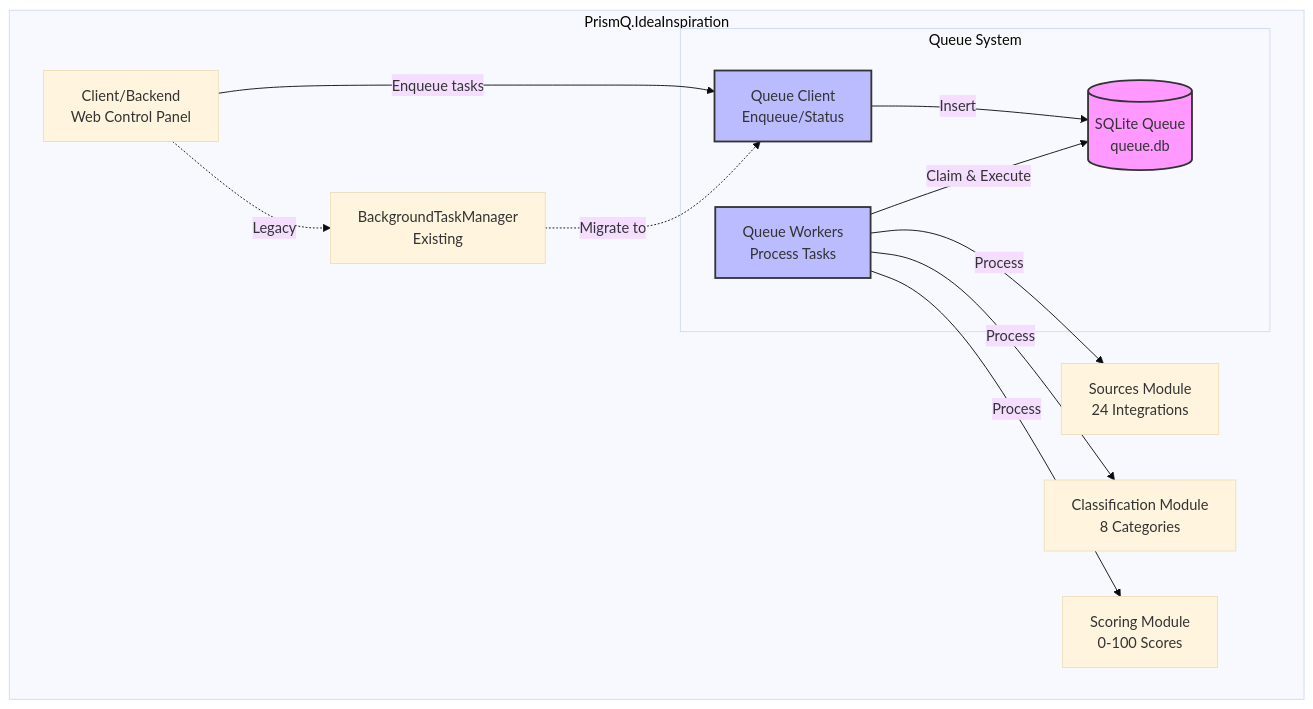
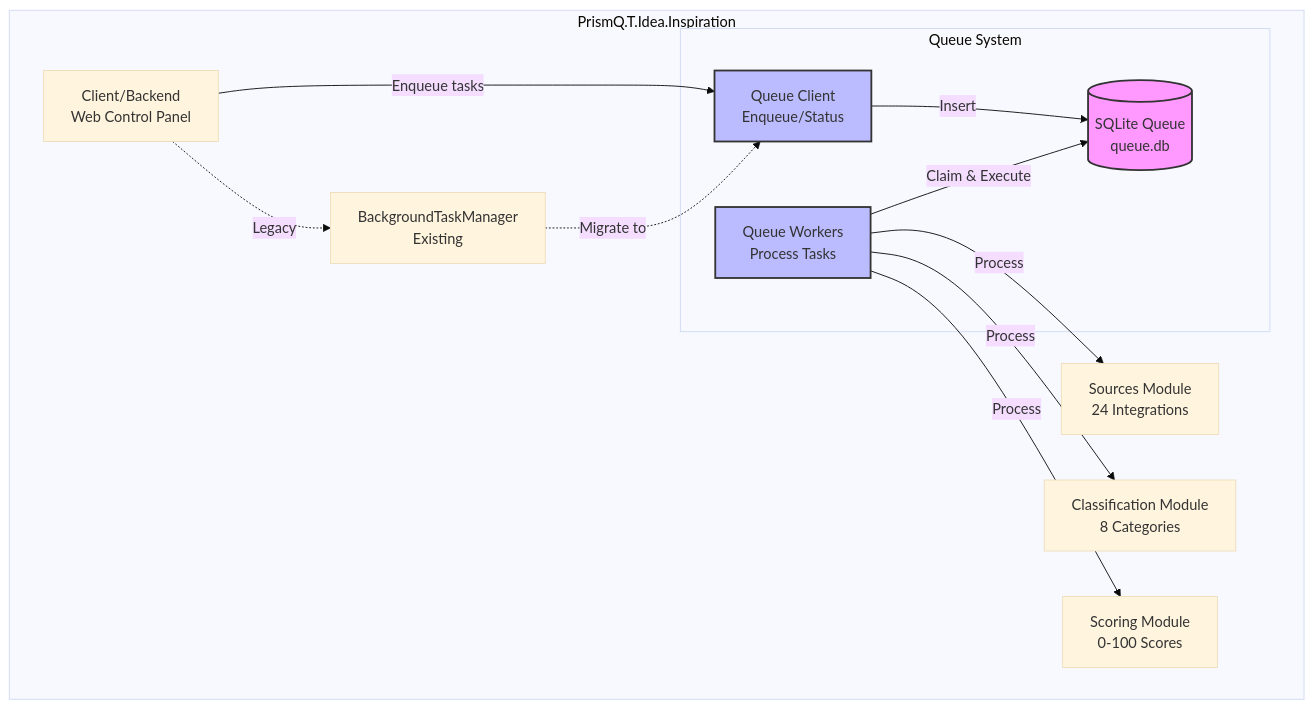
One commit to Nomoos/PrismQ changed the first of 7 diagrams in T/Idea/Inspiration/_meta/docs/queue/QUEUE_ARCHITECTURE.md. Above: the diagram before and after it, drawn with Mermaid (base theme). The commit also changed 146 other files, not shown here.

Commit message:
Replace PrismQ.IdeaInspiration with PrismQ.T.Idea.Inspiration in all markdown files

````diff
--- a/T/Idea/Inspiration/_meta/docs/queue/QUEUE_ARCHITECTURE.md
+++ b/T/Idea/Inspiration/_meta/docs/queue/QUEUE_ARCHITECTURE.md
@@ -107,31 +107,31 @@
 ```mermaid
 graph TB
-    subgraph "PrismQ.IdeaInspiration"
+    subgraph "PrismQ.T.Idea.Inspiration"
         Client[Client/Backend<br/>Web Control Panel]
         Sources[Sources Module<br/>24 Integrations]
         Classification[Classification Module<br/>8 Categories]
         Scoring[Scoring Module<br/>0-100 Scores]
         
         subgraph "Queue System"
             QueueDB[(SQLite Queue<br/>queue.db)]
             QueueClient[Queue Client<br/>Enqueue/Status]
             Workers[Queue Workers<br/>Process Tasks]
         end
         
         BGTask[BackgroundTaskManager<br/>Existing]
     end
     
     Client -->|Enqueue tasks| QueueClient
     QueueClient -->|Insert| QueueDB
     Workers -->|Claim & Execute| QueueDB
     Workers -->|Process| Sources
     Workers -->|Process| Classification
     Workers -->|Process| Scoring
     
     Client -.->|Legacy| BGTask
     BGTask -.->|Migrate to| QueueClient
     
     style QueueDB fill:#f9f,stroke:#333,stroke-width:2px
     style QueueClient fill:#bbf,stroke:#333,stroke-width:2px
     style Workers fill:#bbf,stroke:#333,stroke-width:2px
 ```
````
